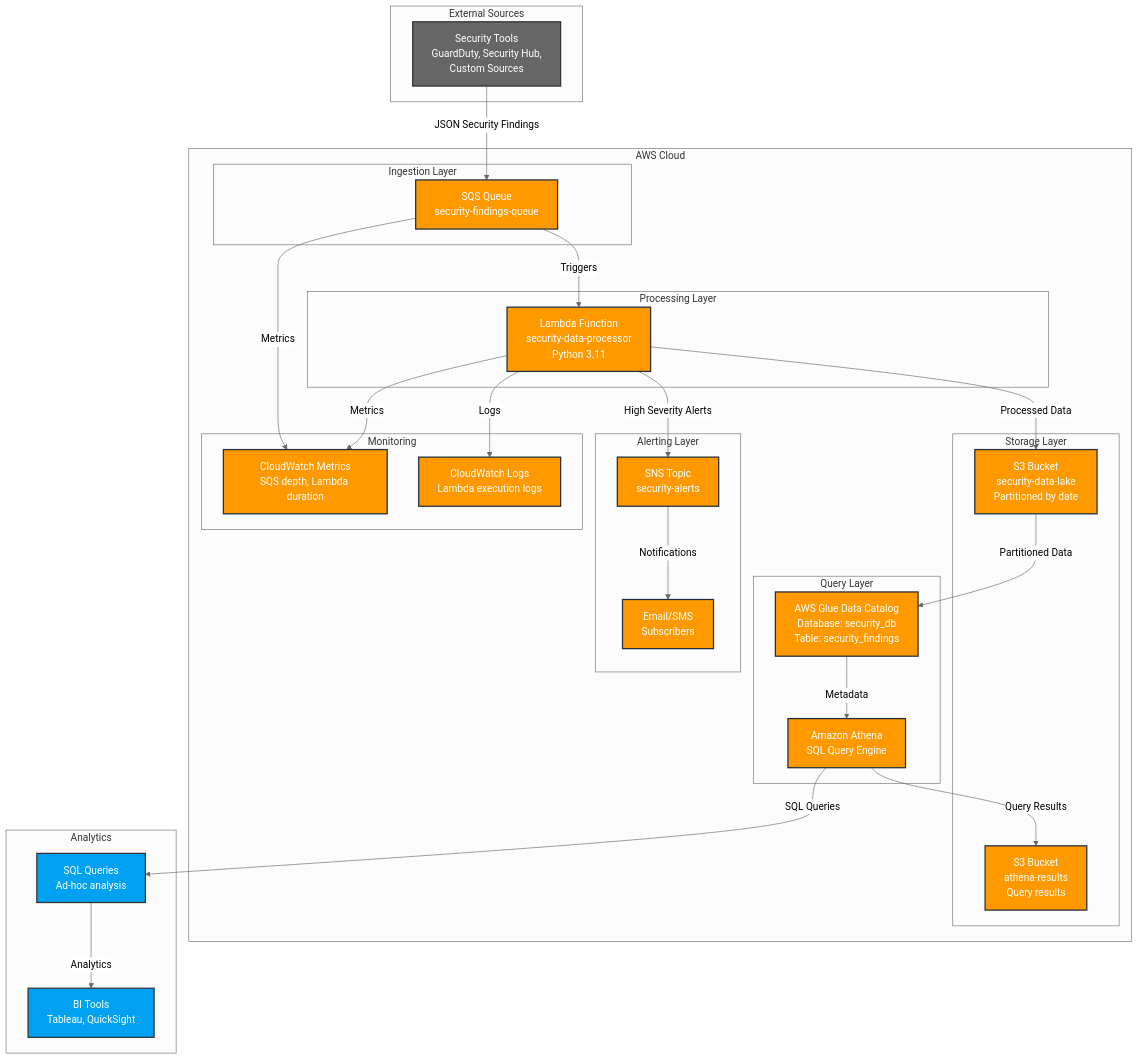
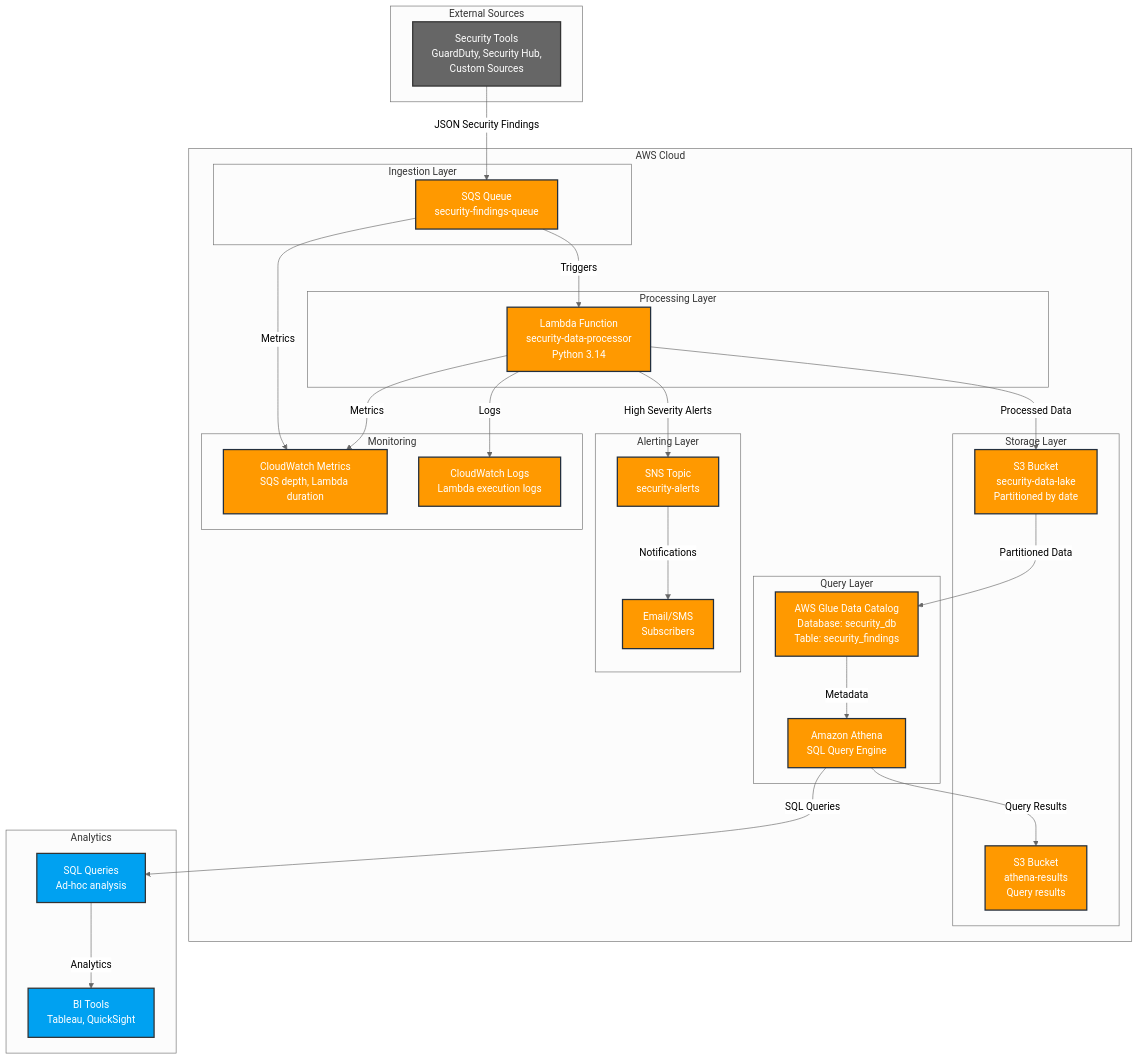
The diagram in architecture.md (BGarber42/DataLake), drawn with Mermaid (neutral theme) before and after one commit. The commit also changed other lines of this file and 24 other files, not shown here.

````diff
--- a/architecture.md
+++ b/architecture.md
@@ -5,67 +5,67 @@
 ```mermaid
 graph TB
     subgraph "External Sources"
         A[Security Tools<br/>GuardDuty, Security Hub,<br/>Custom Sources]
     end
     
     subgraph "AWS Cloud"
         subgraph "Ingestion Layer"
             B[SQS Queue<br/>security-findings-queue]
         end
         
         subgraph "Processing Layer"
-            C[Lambda Function<br/>security-data-processor<br/>Python 3.11]
+            C[Lambda Function<br/>security-data-processor<br/>Python 3.14]
         end
         
         subgraph "Storage Layer"
             D[S3 Bucket<br/>security-data-lake<br/>Partitioned by date]
             E[S3 Bucket<br/>athena-results<br/>Query results]
         end
         
         subgraph "Query Layer"
             F[AWS Glue Data Catalog<br/>Database: security_db<br/>Table: security_findings]
             G[Amazon Athena<br/>SQL Query Engine]
         end
         
         subgraph "Alerting Layer"
             H[SNS Topic<br/>security-alerts]
             I[Email/SMS<br/>Subscribers]
         end
         
         subgraph "Monitoring"
             J[CloudWatch Logs<br/>Lambda execution logs]
             K[CloudWatch Metrics<br/>SQS depth, Lambda duration]
         end
     end
     
     subgraph "Analytics"
         L[SQL Queries<br/>Ad-hoc analysis]
         M[BI Tools<br/>Tableau, QuickSight]
     end
     
     %% Data Flow
     A -->|JSON Security Findings| B
     B -->|Triggers| C
     C -->|Processed Data| D
     C -->|High Severity Alerts| H
     H -->|Notifications| I
     D -->|Partitioned Data| F
     F -->|Metadata| G
     G -->|Query Results| E
     G -->|SQL Queries| L
     L -->|Analytics| M
     
     %% Monitoring
     C -->|Logs| J
     B -->|Metrics| K
     C -->|Metrics| K
     
     %% Styling
     classDef aws fill:#FF9900,stroke:#232F3E,stroke-width:2px,color:#fff
     classDef external fill:#666,stroke:#333,stroke-width:2px,color:#fff
     classDef analytics fill:#00A1F1,stroke:#333,stroke-width:2px,color:#fff
     
     class B,C,D,E,F,G,H,I,J,K aws
     class A external
     class L,M analytics
 ```
````
